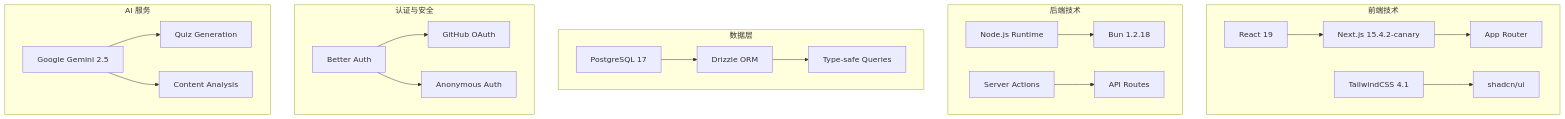
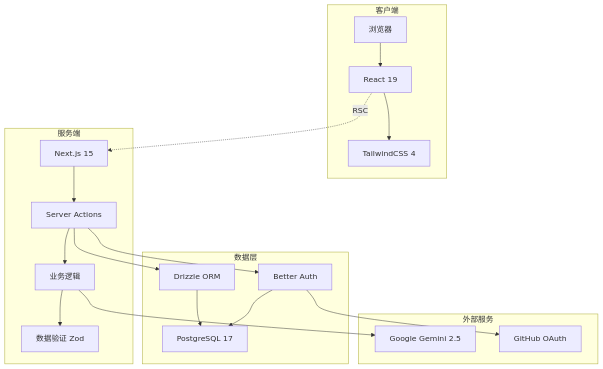
Before and after one commit to GeminiProjects/quizgen: the first of 5 diagrams in docs/architecture.md, drawn with Mermaid. The commit also changed other lines of this file and 5 other files, not shown here.

````diff
--- a/docs/architecture.md
+++ b/docs/architecture.md
@@ -34,28 +48,29 @@
 ```mermaid
 graph TB
-    subgraph "前端技术"
-        A[React 19] --> B[Next.js 15.4.2-canary]
-        B --> C[App Router]
-        D[TailwindCSS 4.1] --> E[shadcn/ui]
+    subgraph 客户端
+        A[浏览器] --> B[React 19]
+        B --> C[TailwindCSS 4]
     end
     
-    subgraph "后端技术"
-        F[Node.js Runtime] --> G[Bun 1.2.18]
-        H[Server Actions] --> I[API Routes]
+    subgraph 服务端
+        D[Next.js 15] --> E[Server Actions]
+        E --> F[业务逻辑]
+        F --> G[数据验证 Zod]
     end
     
-    subgraph "数据层"
-        J[PostgreSQL 17] --> K[Drizzle ORM]
-        K --> L[Type-safe Queries]
+    subgraph 数据层
+        H[Drizzle ORM] --> I[PostgreSQL 17]
+        J[Better Auth] --> I
     end
     
-    subgraph "认证与安全"
-        M[Better Auth] --> N[GitHub OAuth]
-        M --> O[Anonymous Auth]
+    subgraph 外部服务
+        K[Google Gemini 2.5]
+        L[GitHub OAuth]
     end
     
-    subgraph "AI 服务"
-        P[Google Gemini 2.5] --> Q[Quiz Generation]
-        P --> R[Content Analysis]
-    end
+    B -.->|RSC| D
+    E --> H
+    E --> J
+    F --> K
+    J --> L
 ```
````
